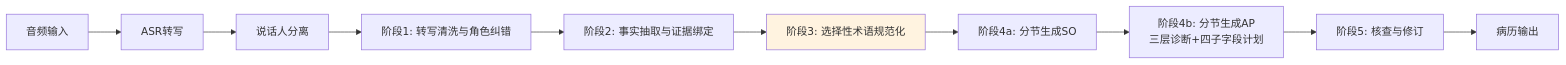
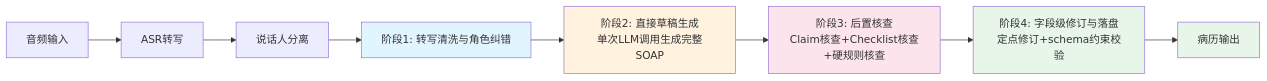
Before and after one commit to LiGaohe/MedicalAssistant: diagram 24 of 26 in docs/architecture.md, drawn with Mermaid. The commit also changed other lines of this file and 23 other files, not shown here.

````diff
--- a/docs/architecture.md
+++ b/docs/architecture.md
@@ -1411,13 +1443,15 @@
 ```mermaid
 graph LR
     A[音频输入] --> B[ASR转写]
     B --> C[说话人分离]
     C --> D[阶段1: 转写清洗与角色纠错]
-    D --> E[阶段2: 事实抽取与证据绑定]
-    E --> F[阶段3: 选择性术语规范化]
-    F --> G[阶段4a: 分节生成SO]
-    G --> H[阶段4b: 分节生成AP<br/>三层诊断+四子字段计划]
-    H --> I[阶段5: 核查与修订]
-    I --> J[病历输出]
-    style F fill:#fff3e0
+    D --> E[阶段2: 直接草稿生成<br/>单次LLM调用生成完整SOAP]
+    E --> F[阶段3: 后置核查<br/>Claim核查+Checklist核查+硬规则核查]
+    F --> G[阶段4: 字段级修订与落盘<br/>定点修订+schema约束校验]
+    G --> H[病历输出]
+    style D fill:#e1f5ff
+    style E fill:#fff3e0
+    style F fill:#fce4ec
+    style G fill:#e8f5e9
+    style H fill:#e8f5e9
 ```
````
